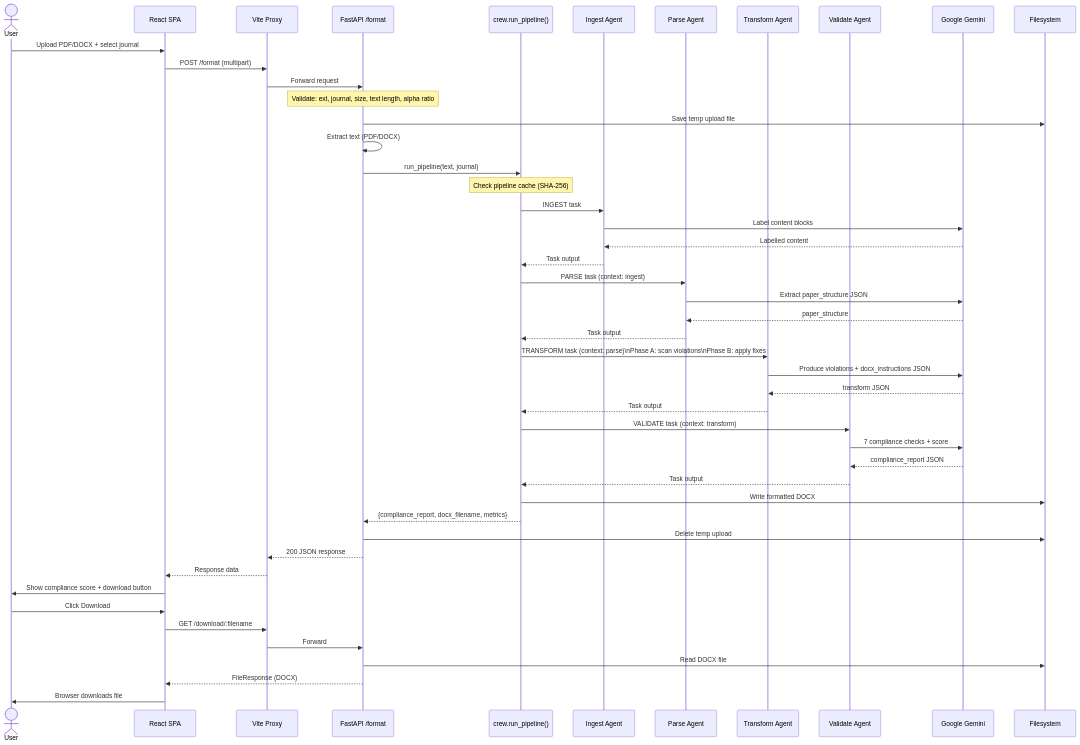
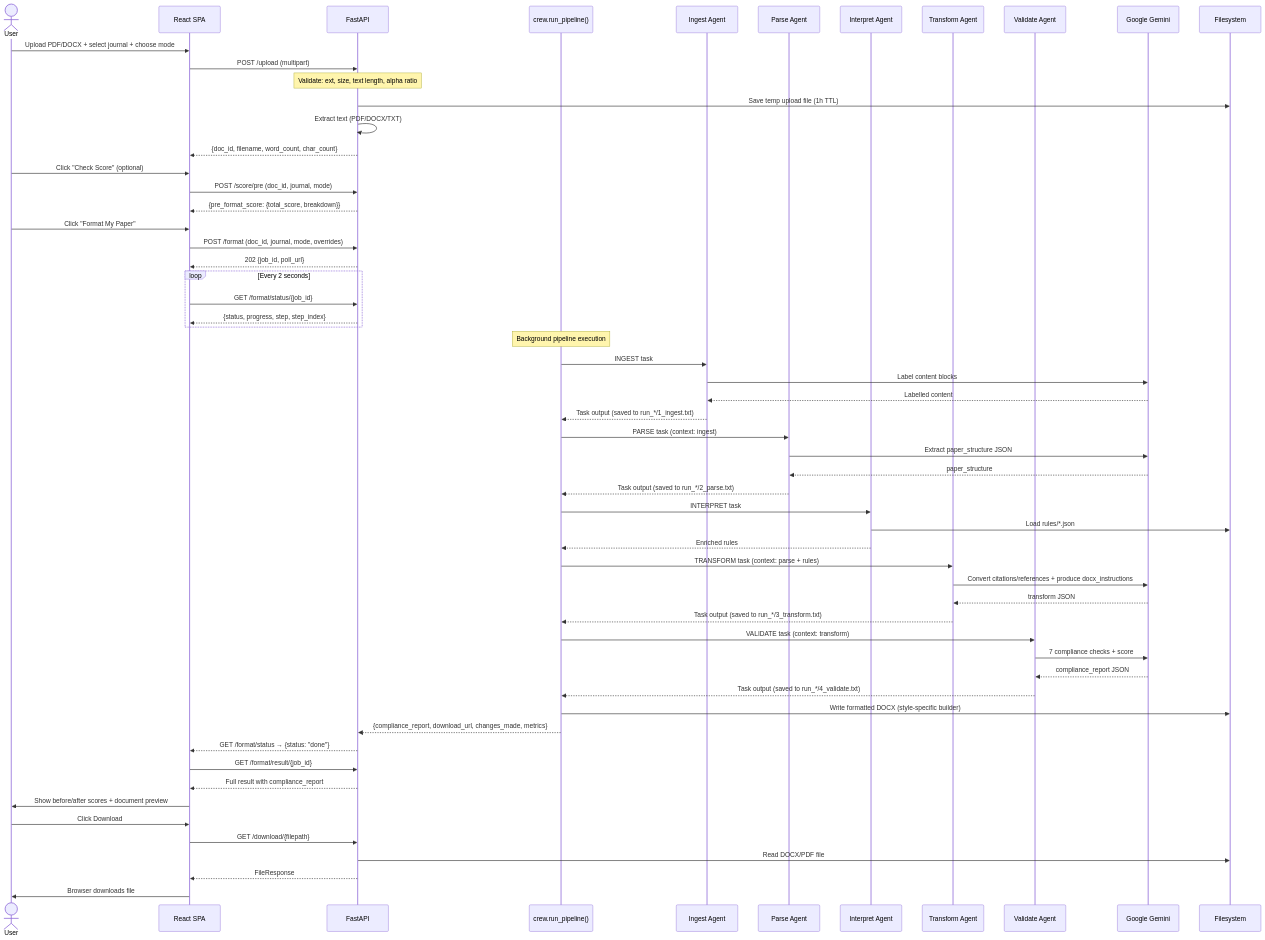
One commit to urvagandhi/TBD changed the second of 7 diagrams in README.md. Above: the diagram before and after it, drawn with Mermaid. The commit also changed other lines of this file and 3 other files, not shown here.

````diff
--- a/README.md
+++ b/README.md
@@ -277,61 +318,76 @@
 ```mermaid
 sequenceDiagram
     actor User
     participant UI as React SPA
-    participant Proxy as Vite Proxy
-    participant API as FastAPI /format
+    participant API as FastAPI
     participant Crew as crew.run_pipeline()
     participant A1 as Ingest Agent
     participant A2 as Parse Agent
+    participant A3 as Interpret Agent
     participant A4 as Transform Agent
     participant A5 as Validate Agent
     participant Gemini as Google Gemini
     participant FS as Filesystem
 
-    User->>UI: Upload PDF/DOCX + select journal
-    UI->>Proxy: POST /format (multipart)
-    Proxy->>API: Forward request
+    User->>UI: Upload PDF/DOCX + select journal + choose mode
+    UI->>API: POST /upload (multipart)
 
-    Note over API: Validate: ext, journal, size, text length, alpha ratio
+    Note over API: Validate: ext, size, text length, alpha ratio
 
-    API->>FS: Save temp upload file
-    API->>API: Extract text (PDF/DOCX)
-    API->>Crew: run_pipeline(text, journal)
+    API->>FS: Save temp upload file (1h TTL)
+    API->>API: Extract text (PDF/DOCX/TXT)
+    API-->>UI: {doc_id, filename, word_count, char_count}
 
-    Note over Crew: Check pipeline cache (SHA-256)
+    User->>UI: Click "Check Score" (optional)
+    UI->>API: POST /score/pre (doc_id, journal, mode)
+    API-->>UI: {pre_format_score: {total_score, breakdown}}
+
+    User->>UI: Click "Format My Paper"
+    UI->>API: POST /format (doc_id, journal, mode, overrides)
+    API-->>UI: 202 {job_id, poll_url}
+
+    loop Every 2 seconds
+        UI->>API: GET /format/status/{job_id}
+        API-->>UI: {status, progress, step, step_index}
+    end
+
+    Note over Crew: Background pipeline execution
 
     Crew->>A1: INGEST task
     A1->>Gemini: Label content blocks
     Gemini-->>A1: Labelled content
-    A1-->>Crew: Task output
+    A1-->>Crew: Task output (saved to run_*/1_ingest.txt)
 
     Crew->>A2: PARSE task (context: ingest)
     A2->>Gemini: Extract paper_structure JSON
     Gemini-->>A2: paper_structure
-    A2-->>Crew: Task output
+    A2-->>Crew: Task output (saved to run_*/2_parse.txt)
 
-    Crew->>A4: TRANSFORM task (context: parse)\nPhase A: scan violations\nPhase B: apply fixes
-    A4->>Gemini: Produce violations + docx_instructions JSON
+    Crew->>A3: INTERPRET task
+    A3->>FS: Load rules/*.json
+    A3-->>Crew: Enriched rules
+
+    Crew->>A4: TRANSFORM task (context: parse + rules)
+    A4->>Gemini: Convert citations/references + produce docx_instructions
     Gemini-->>A4: transform JSON
-    A4-->>Crew: Task output
+    A4-->>Crew: Task output (saved to run_*/3_transform.txt)
 
     Crew->>A5: VALIDATE task (context: transform)
     A5->>Gemini: 7 compliance checks + score
     Gemini-->>A5: compliance_report JSON
-    A5-->>Crew: Task output
+    A5-->>Crew: Task output (saved to run_*/4_validate.txt)
 
-    Crew->>FS: Write formatted DOCX
-    Crew-->>API: {compliance_report, docx_filename, metrics}
+    Crew->>FS: Write formatted DOCX (style-specific builder)
+    Crew-->>API: {compliance_report, download_url, changes_made, metrics}
 
-    API->>FS: Delete temp upload
-    API-->>Proxy: 200 JSON response
-    Proxy-->>UI: Response data
+    API-->>UI: GET /format/status → {status: "done"}
+    UI->>API: GET /format/result/{job_id}
+    API-->>UI: Full result with compliance_report
 
-    UI->>User: Show compliance score + download button
+    UI->>User: Show before/after scores + document preview
     User->>UI: Click Download
-    UI->>Proxy: GET /download/:filename
-    Proxy->>API: Forward
-    API->>FS: Read DOCX file
-    API-->>UI: FileResponse (DOCX)
+    UI->>API: GET /download/{filepath}
+    API->>FS: Read DOCX/PDF file
+    API-->>UI: FileResponse
     UI->>User: Browser downloads file
 ```
````
